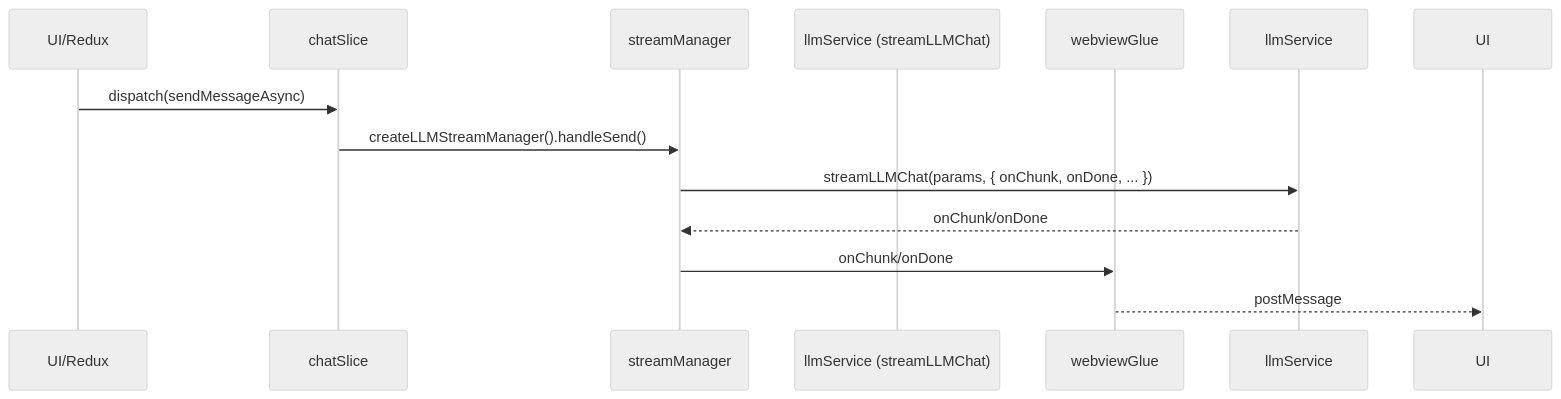
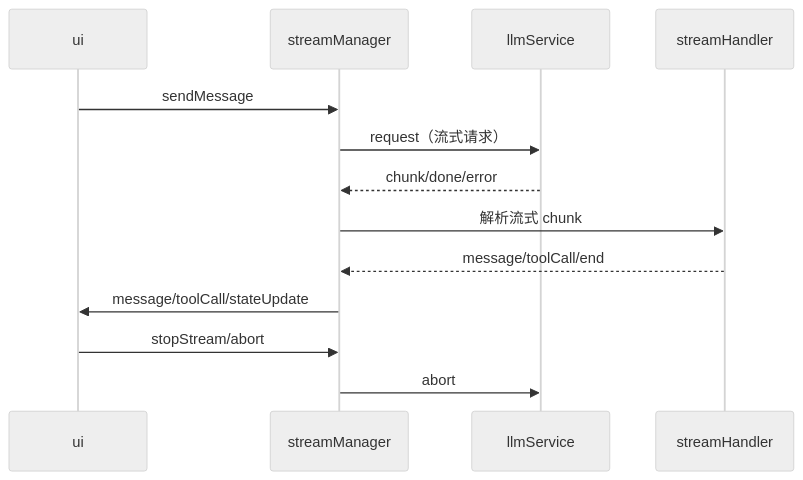
The diagram in engine/stream/README-llm-stream-calling-chain.md (cybermanhao/ai-chat), drawn with Mermaid (neutral theme) before and after one commit. The commit also changed other lines of this file and 1 other file, not shown here.

````diff
--- a/engine/stream/README-llm-stream-calling-chain.md
+++ b/engine/stream/README-llm-stream-calling-chain.md
@@ -102,15 +50,16 @@
 ```mermaid
 sequenceDiagram
-participant UI/Redux
-participant chatSlice
+participant ui
 participant streamManager
-participant llmService (streamLLMChat)
-participant webviewGlue
+participant llmService
+participant streamHandler
 
-UI/Redux->>chatSlice: dispatch(sendMessageAsync)
-chatSlice->>streamManager: createLLMStreamManager().handleSend()
-streamManager->>llmService: streamLLMChat(params, { onChunk, onDone, ... })
-llmService-->>streamManager: onChunk/onDone
-streamManager->>webviewGlue: onChunk/onDone
-webviewGlue-->>UI: postMessage
+ui->>streamManager: sendMessage
+streamManager->>llmService: request（流式请求）
+llmService-->>streamManager: chunk/done/error
+streamManager->>streamHandler: 解析流式 chunk
+streamHandler-->>streamManager: message/toolCall/end
+streamManager->>ui: message/toolCall/stateUpdate
+ui->>streamManager: stopStream/abort
+streamManager->>llmService: abort
 ```
````
